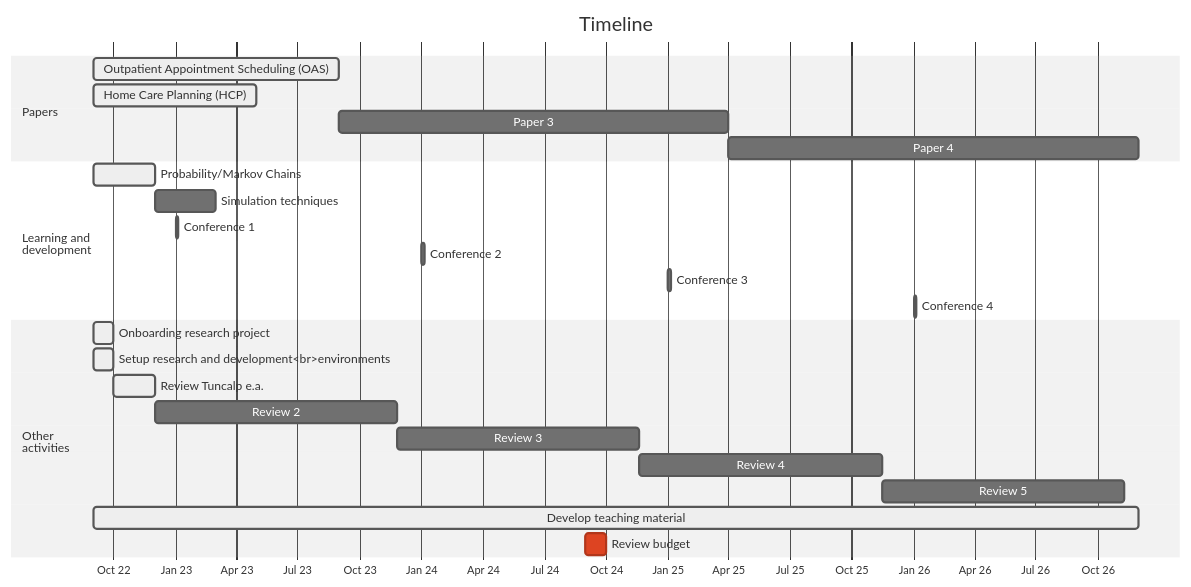
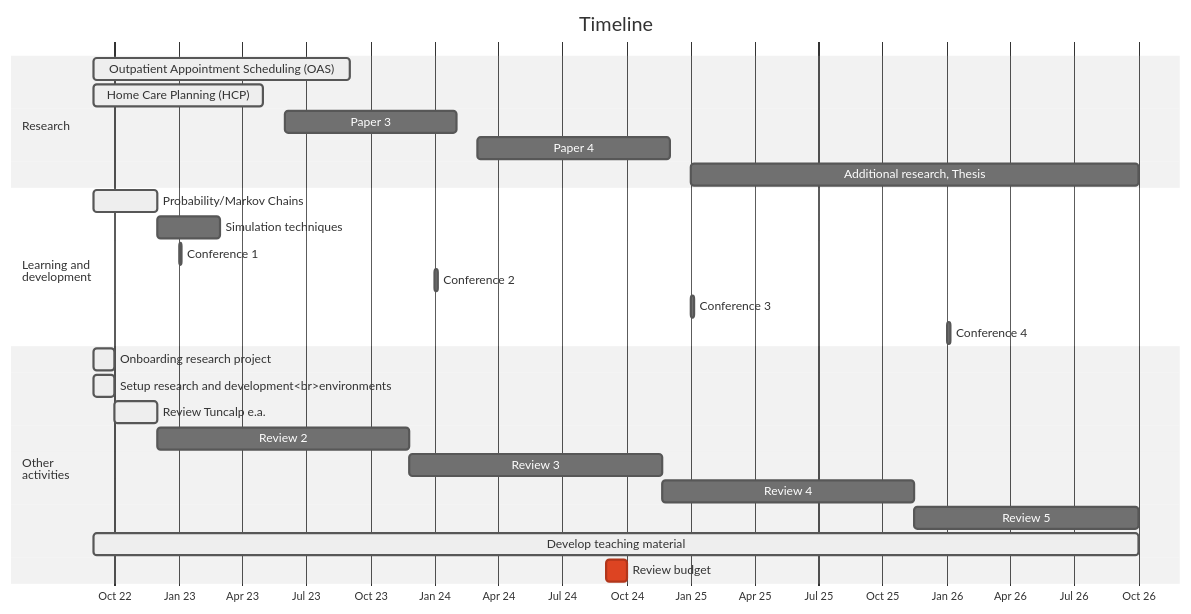
One commit to witusj/research changed the diagram in notes/projectplan.qmd. Above: the diagram before and after it, drawn with Mermaid (neutral theme). The commit also changed other lines of this file and 6 other files, not shown here.

````diff
--- a/notes/projectplan.qmd
+++ b/notes/projectplan.qmd
@@ -58,34 +58,35 @@
 ```{mermaid}
 
 gantt
     dateFormat  YYYY-MM
     title       Timeline
     axisFormat  %b %y
 
-    section Papers
+    section Research
     Outpatient Appointment Scheduling (OAS):active, pap1, 2022-09, 2023-09
     Home Care Planning (HCP)               :active, pap2, 2022-09, 2023-05
-    Paper 3                                :        pap3, 2023-09, 2025-04
-    Paper 4                                :        pap4, 2025-04, 2026-12
+    Paper 3                                :        pap3, 2023-06, 2024-02
+    Paper 4                                :        pap4, 2024-03, 2024-12
+    Additional research, Thesis            :        thes,  2025-01, 2026-10
     
     
     section Learning and<br>development
     Probability/Markov Chains              :active, lnd1, 2022-09, 2022-12
     Simulation techniques                  :        lnd2, after lnd1, 90d
     Conference 1                    :        lnd3, 2023-01, 4d
     Conference 2                    :        lnd4, 2024-01, 4d
     Conference 3                    :        lnd5, 2025-01, 4d
     Conference 4                    :        lnd6, 2026-01, 4d
     
     section Other<br>activities
     Onboarding research project                     :active, oth1, 2022-09, 2022-10
     Setup research and development<br>environments  :active, oth2, 2022-09, 2022-10
     Review Tuncalp e.a.                             :active, oth3, 2022-10, 2022-12
     Review 2                                        :        oth4, after oth3, 360d
     Review 3                                        :        oth5, after oth4, 360d
     Review 4                                        :        oth6, after oth5, 360d
-    Review 5                                        :        oth7, after oth6, 360d
-    Develop teaching material                       :active, oth8, 2022-09, 2026-12
+    Review 5                                        :        oth7, after oth6, 320d
+    Develop teaching material                       :active, oth8, 2022-09, 2026-10
     Review budget                                   :crit, oth9, 2024-09, 30d
 
 ```
````
